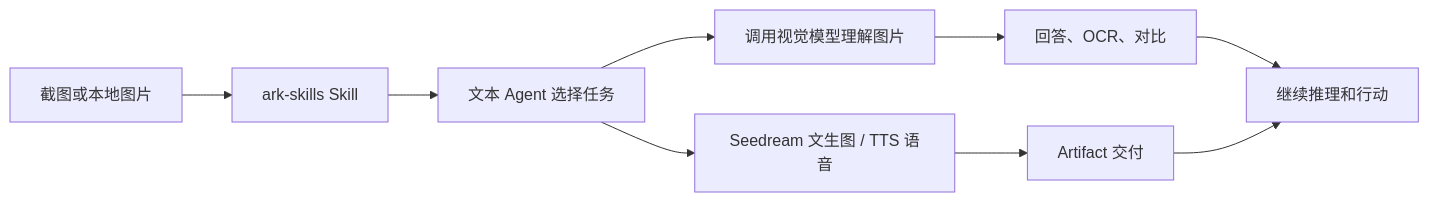
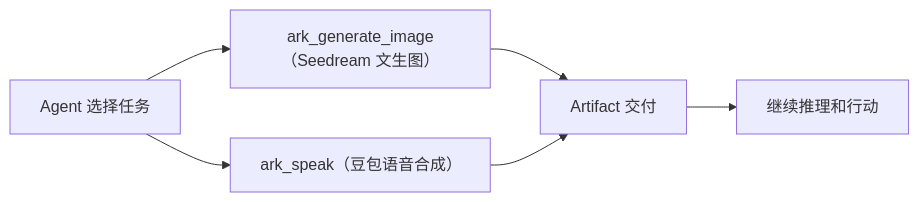
The diagram in README.md (nextnowlabs/dsh-ark-toolkit), drawn with Mermaid before and after one commit. The commit also changed other lines of this file and 113 other files, not shown here.

First line of the commit message:
chore(deps)!: 升级 DSH 到 0.1.5-rc.2 并移除识图能力

````diff
--- a/README.md
+++ b/README.md
@@ -110,11 +105,8 @@
 ```mermaid
 flowchart LR
-    Image["截图或本地图片"] --> Skill["ark-skills Skill"]
-    Skill --> Agent["文本 Agent 选择任务"]
-    Agent --> Vision["调用视觉模型理解图片"]
-    Vision --> Result["回答、OCR、对比"]
-    Agent --> Generate["Seedream 文生图 / TTS 语音"]
+    Agent["Agent 选择任务"] --> Generate["ark_generate_image（Seedream 文生图）"]
+    Agent --> Speak["ark_speak（豆包语音合成）"]
     Generate --> Artifact["Artifact 交付"]
-    Result --> Session["继续推理和行动"]
-    Artifact --> Session
+    Speak --> Artifact
+    Artifact --> Session["继续推理和行动"]
 ```
````
